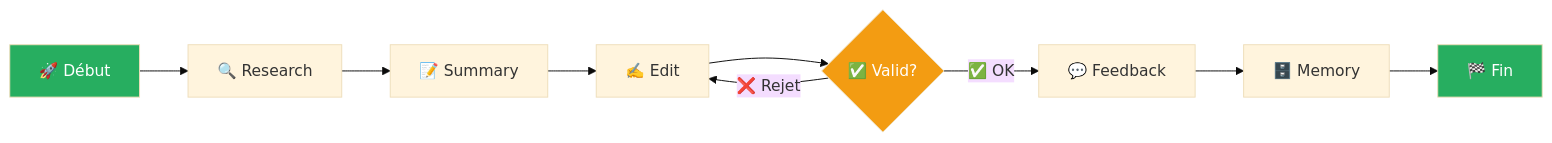
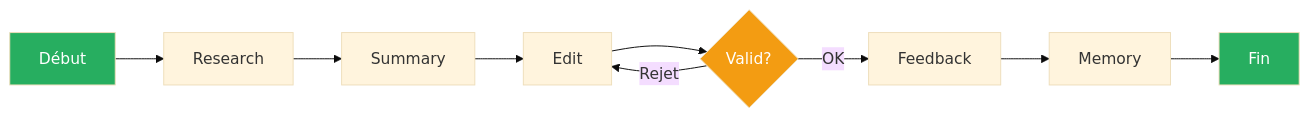
One commit to Abdelilah04116/AutoResearchFlow changed the third of 6 diagrams in README.md. Above: the diagram before and after it, drawn with Mermaid (base theme). The commit also changed other lines of this file, not shown here.

````diff
--- a/README.md
+++ b/README.md
@@ -240,10 +240,10 @@
 ```mermaid
 flowchart LR
-    A[🚀 Début] --> B[🔍 Research] --> C[📝 Summary] --> D[✍️ Edit] --> E{✅ Valid?}
-    E -->|❌ Rejet| D
-    E -->|✅ OK| F[💬 Feedback] --> G[🗄️ Memory] --> H[🏁 Fin]
+    A[ Début] --> B[ Research] --> C[ Summary] --> D[ Edit] --> E{ Valid?}
+    E -->| Rejet| D
+    E -->| OK| F[ Feedback] --> G[ Memory] --> H[ Fin]
     
     style A fill:#27ae60,color:#fff
     style H fill:#27ae60,color:#fff
     style E fill:#f39c12,color:#fff
 ```
````
